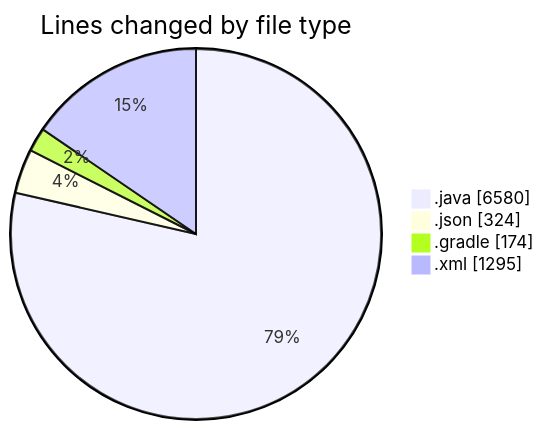
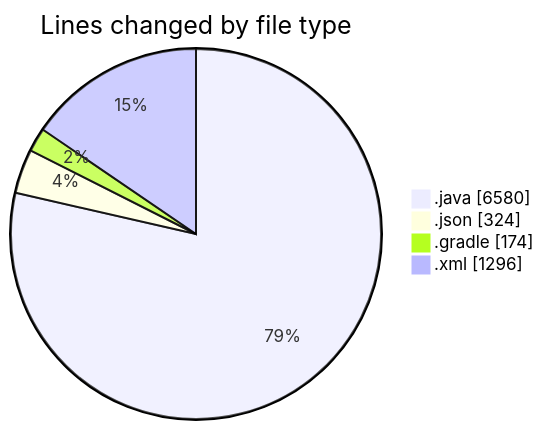
One commit to charlie-sans/code-tracking changed the first of 2 diagrams in 2025-02-22/micros/README.md. Above: the diagram before and after it, drawn with Mermaid. The commit also changed other lines of this file and 1 other file, not shown here.

````diff
--- a/2025-02-22/micros/README.md
+++ b/2025-02-22/micros/README.md
@@ -67,8 +67,8 @@
 ```mermaid
 pie showData
 title Lines changed by file type
 ".java" : 6580
 ".json" : 324
 ".gradle" : 174
-".xml" : 1295
+".xml" : 1296
 ```
````
